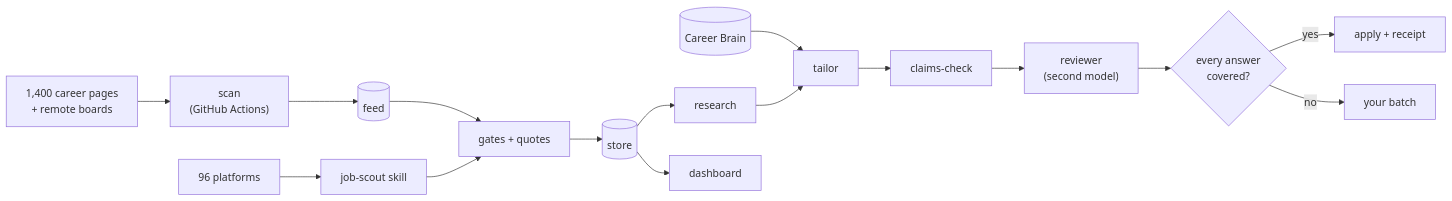
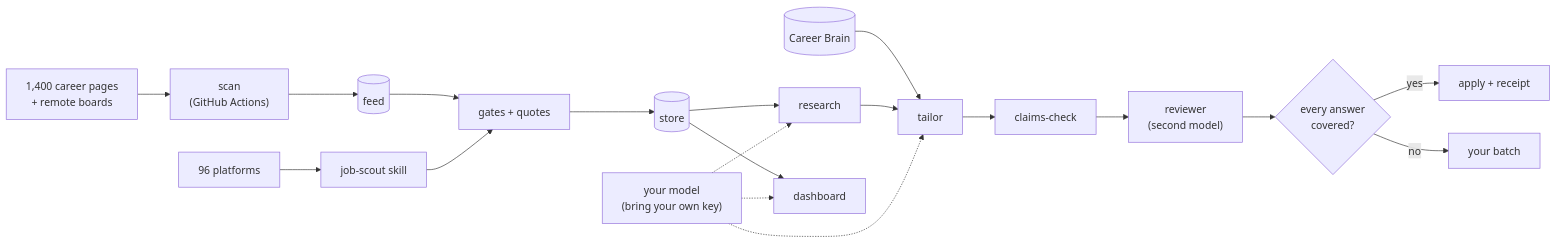
The diagram in README.md (VishStack01/careeros), drawn with Mermaid before and after one commit. The commit also changed other lines of this file and 33 other files, not shown here.

First line of the commit message:
CareerOS 1.0: bring your own model, project website and docs

````diff
--- a/README.md
+++ b/README.md
@@ -115,11 +162,12 @@
 ```mermaid
 flowchart LR
   ATS["1,400 career pages<br/>+ remote boards"] --> Scan["scan<br/>(GitHub Actions)"] --> Feed[("feed")] --> Gates["gates + quotes"] --> Store[("store")]
   Boards["96 platforms"] --> Agent["job-scout skill"] --> Gates
   Brain[("Career Brain")] --> Tailor["tailor"]
   Store --> Research["research"] --> Tailor --> Claims["claims-check"] --> Review["reviewer<br/>(second model)"]
   Review --> Apply{"every answer<br/>covered?"}
   Apply -- yes --> Submit["apply + receipt"]
   Apply -- no --> You["your batch"]
   Store --> Dash["dashboard"]
+  LLM["your model<br/>(bring your own key)"] -.-> Research & Tailor & Dash
 ```
````
